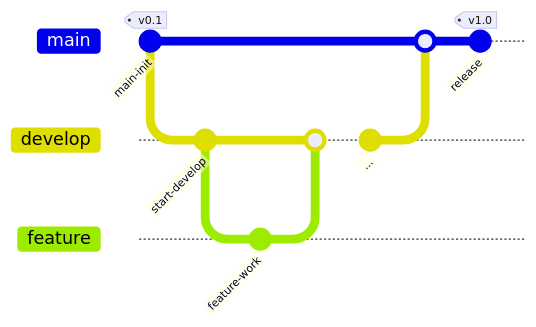
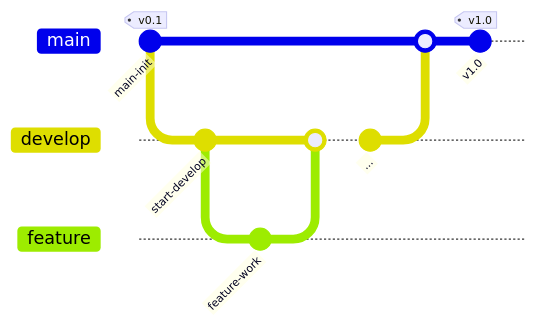
Before and after one commit to hemssy/KiosCorn-iOS: the diagram in README.md, drawn with Mermaid.

Commit message:
[Docs] 리드미 업데이트

````diff
--- a/README.md
+++ b/README.md
@@ -87,24 +87,25 @@
 ```mermaid
 gitGraph
     commit id: "main-init" tag: "v0.1"
 
     %% develop 브랜치 시작
     branch develop
     checkout develop
     commit id: "start-develop"
 
     %% feature 작업 (반복 구조를 ... 으로 표시)
     branch feature
     checkout feature
     commit id: "feature-work"
     checkout develop
     merge feature
     commit id: "..."
     commit id: "..."
 
-    %% 최종 릴리스
+    %% 최종 릴리스 (release 단어 제거)
     checkout main
     merge develop
-    commit id: "release" tag: "v1.0"
+    commit id: "v1.0" tag: "v1.0"
+
 
 ```
````
